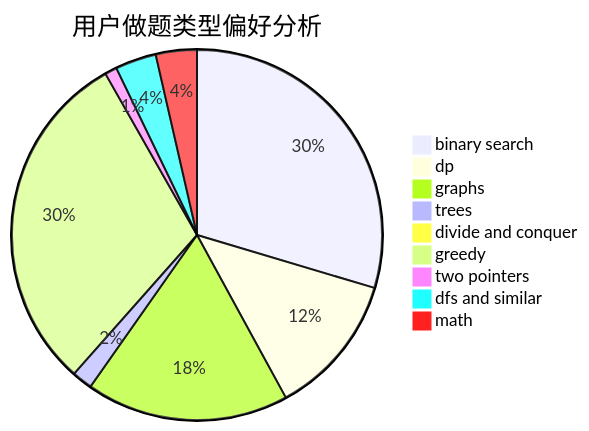
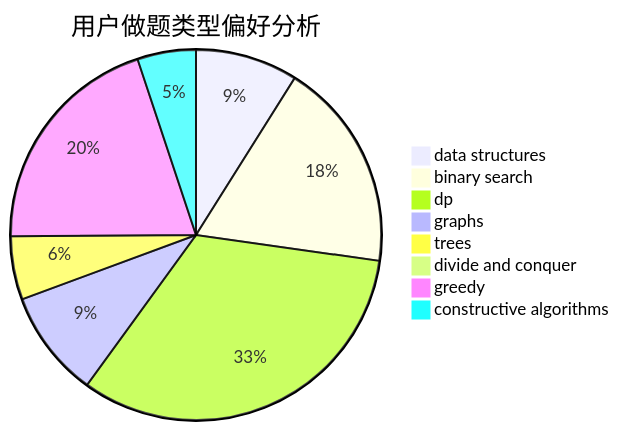
Before and after one commit to sherpahu/cfrs.github.io: the second of 3 diagrams in docs/user/u128.md, drawn with Mermaid. The commit also changed other lines of this file and 2775 other files, not shown here.

````diff
--- a/docs/user/u128.md
+++ b/docs/user/u128.md
@@ -23,12 +23,11 @@
 ```mermaid
 pie title 用户做题类型偏好分析
-    "binary search" :  281
-    "dp" :  118
-    "graphs" :  168
-    "trees" :  17
+    "data structures" :  21
+    "binary search" :  43
+    "dp" :  77
+    "graphs" :  22
+    "trees" :  13
     "divide and conquer" :  0
-    "greedy" :  287
-    "two pointers" :  10
-    "dfs and similar" :  34
-    "math" :  34
+    "greedy" :  47
+    "constructive algorithms" :  12
 ```
````
